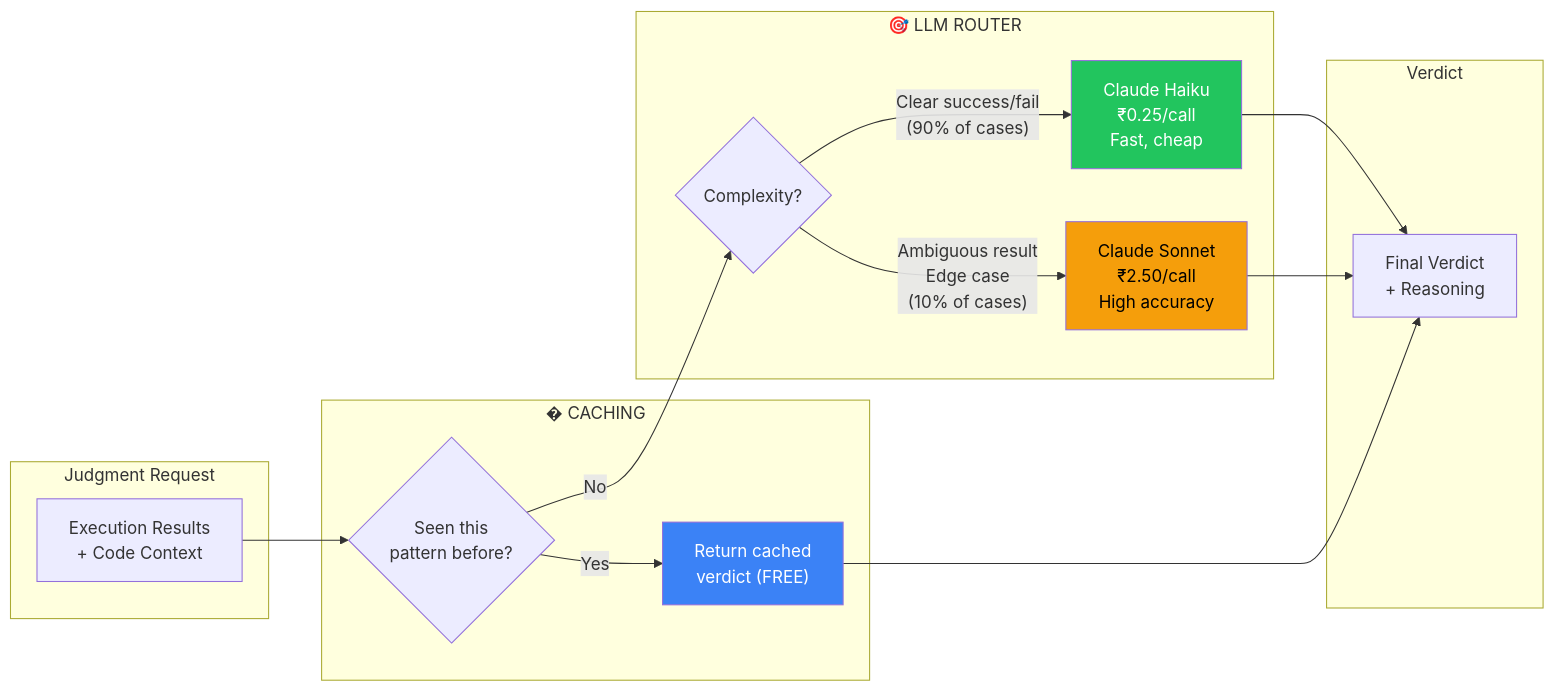
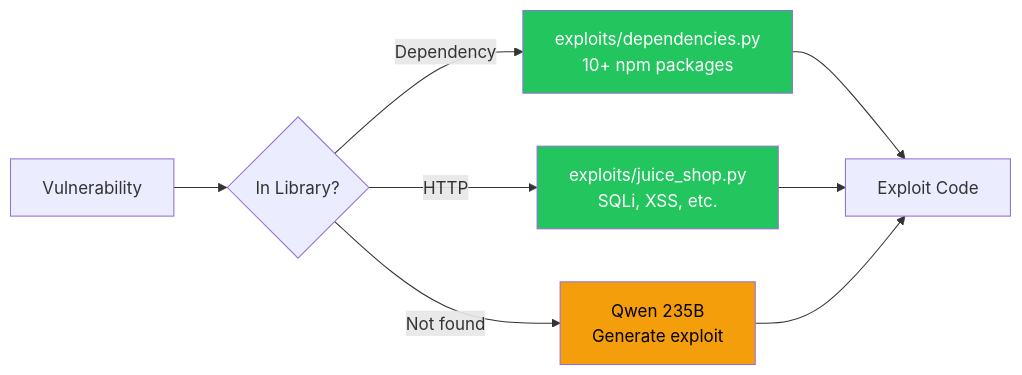
One commit to vireo-labs/poc_validator changed the second of 4 diagrams in docs/ARCHITECTURE.md. Above: the diagram before and after it, drawn with Mermaid. The commit also changed other lines of this file, not shown here.

First line of the commit message:
docs: Update ARCHITECTURE.md to reflect v0.1.1 implementation

````diff
--- a/docs/ARCHITECTURE.md
+++ b/docs/ARCHITECTURE.md
@@ -265,42 +102,16 @@
 ```mermaid
 flowchart LR
-    subgraph Input["Judgment Request"]
-        REQ["Execution Results
-        + Code Context"]
-    end
-
-    subgraph Router["🎯 LLM ROUTER"]
-        DECIDE{"Complexity?"}
-        
-        DECIDE -->|"Clear success/fail
-        (90% of cases)"| HAIKU["Claude Haiku
-        ₹0.25/call
-        Fast, cheap"]
-        
-        DECIDE -->|"Ambiguous result
-        Edge case
-        (10% of cases)"| SONNET["Claude Sonnet
-        ₹2.50/call
-        High accuracy"]
-    end
-
-    subgraph Cache["� CACHING"]
-        CACHE{"Seen this
-        pattern before?"}
-        CACHE -->|"Yes"| CACHED["Return cached
-        verdict (FREE)"]
-        CACHE -->|"No"| DECIDE
-    end
-
-    subgraph Output["Verdict"]
-        HAIKU & SONNET --> VERDICT["Final Verdict
-        + Reasoning"]
-    end
-
-    REQ --> CACHE
-    CACHED --> VERDICT
-
-    style HAIKU fill:#22c55e,color:#fff
-    style SONNET fill:#f59e0b,color:#000
-    style CACHED fill:#3b82f6,color:#fff
+    INPUT["Vulnerability"] --> CHECK{"In Library?"}
+    CHECK -->|"Dependency"| DEP["exploits/dependencies.py
+    10+ npm packages"]
+    CHECK -->|"HTTP"| HTTP["exploits/juice_shop.py
+    SQLi, XSS, etc."]
+    CHECK -->|"Not found"| LLM["Qwen 235B
+    Generate exploit"]
+    
+    DEP & HTTP & LLM --> OUTPUT["Exploit Code"]
+    
+    style DEP fill:#22c55e,color:#fff
+    style HTTP fill:#22c55e,color:#fff
+    style LLM fill:#f59e0b,color:#000
 ```
````
